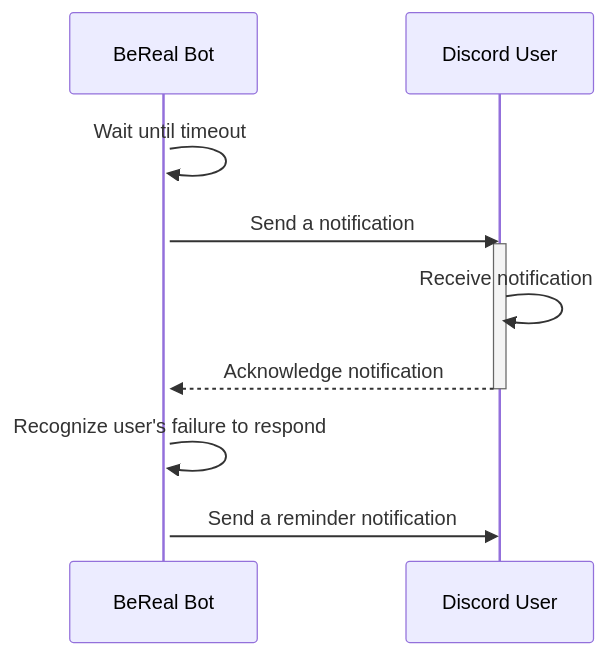
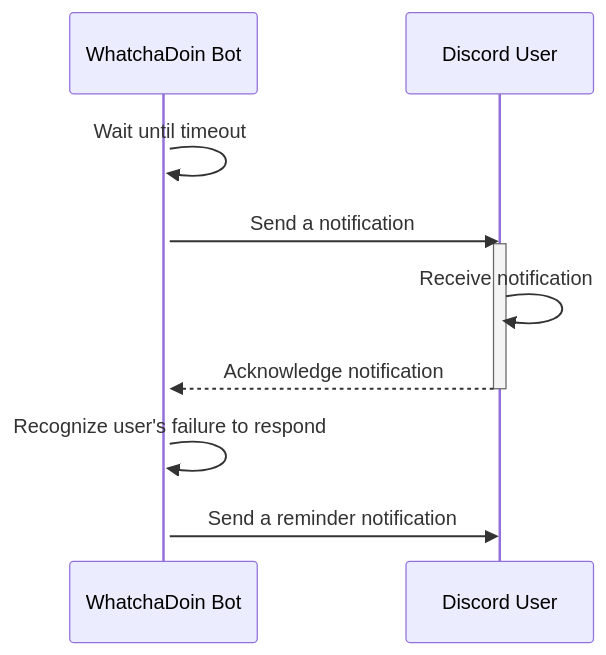
One commit to Capstone-Projects-2023-Fall/project-bereal-meets-slack changed the fifth of 11 diagrams in documentation/docs/system-architecture/design.md. Above: the diagram before and after it, drawn with Mermaid. The commit also changed other lines of this file, not shown here.

````diff
--- a/documentation/docs/system-architecture/design.md
+++ b/documentation/docs/system-architecture/design.md
@@ -291,17 +291,17 @@
 ```mermaid
 
 sequenceDiagram
-    participant BeRealBot as BeReal Bot
+    participant WhatchaDoinBot as WhatchaDoin Bot
     participant User as Discord User
 
-    activate BeRealBot
-    BeRealBot ->> BeRealBot: Wait until timeout
-    BeRealBot ->> User: Send a notification
+    activate WhatchaDoinBot
+    WhatchaDoinBot ->> WhatchaDoinBot: Wait until timeout
+    WhatchaDoinBot ->> User: Send a notification
     activate User
     User ->> User: Receive notification
-    User -->> BeRealBot: Acknowledge notification
+    User -->> WhatchaDoinBot: Acknowledge notification
     deactivate User
-    BeRealBot ->> BeRealBot: Recognize user's failure to respond
-    BeRealBot ->> User: Send a reminder notification
+    WhatchaDoinBot ->> WhatchaDoinBot: Recognize user's failure to respond
+    WhatchaDoinBot ->> User: Send a reminder notification
 
 ```
````
